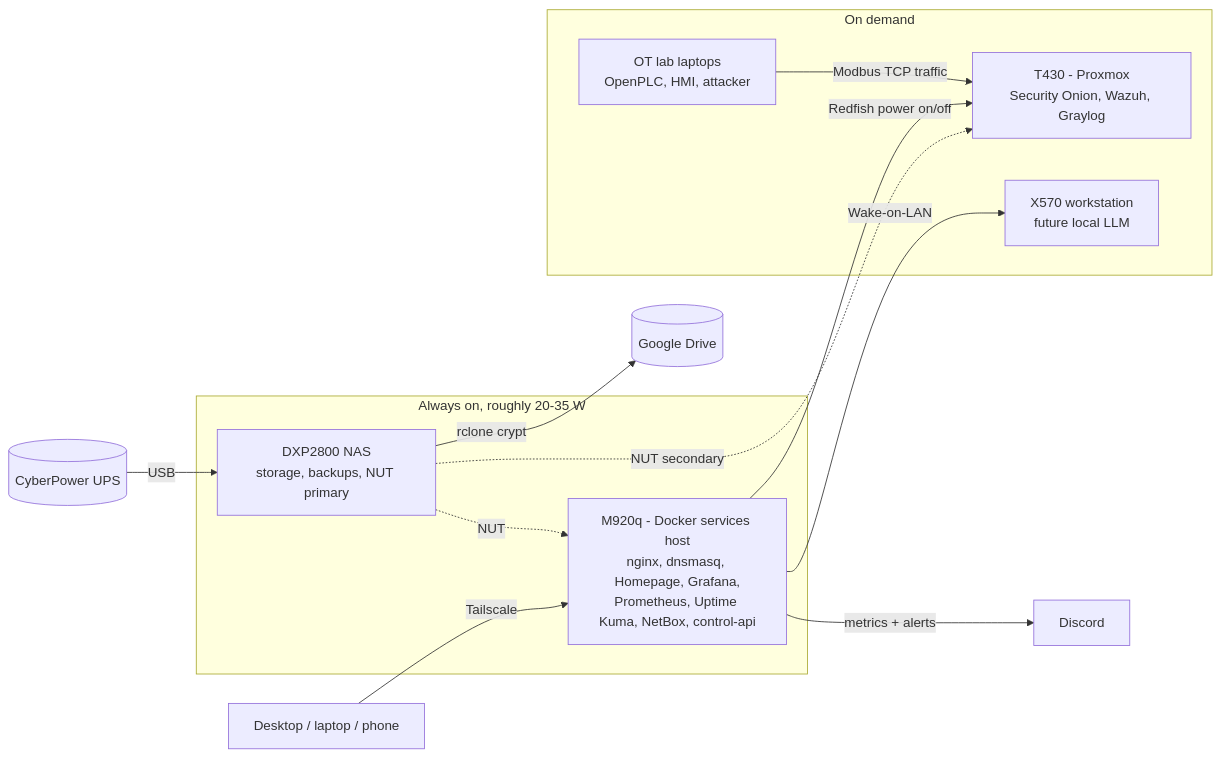
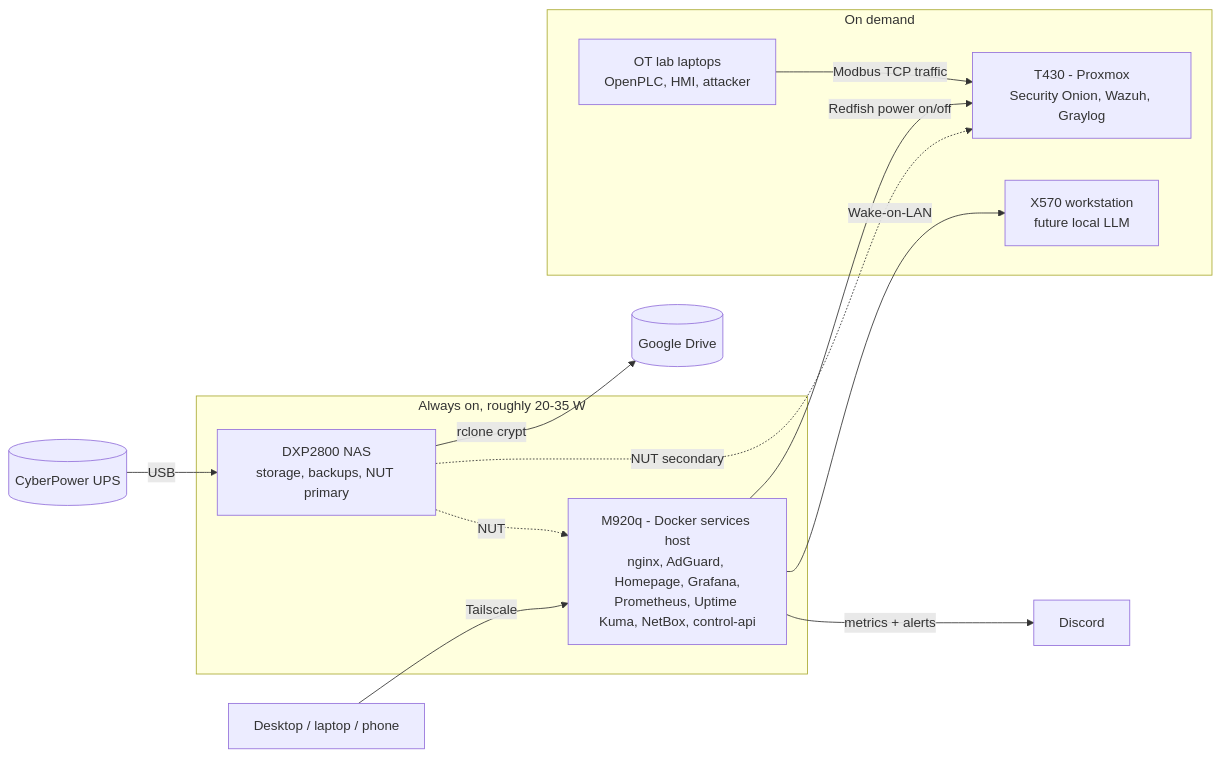
The second of 2 diagrams in README.md (Dubstep-626/homelab), drawn with Mermaid before and after one commit. The commit also changed other lines of this file and 11 other files, not shown here.

First line of the commit message:
Replace dnsmasq split DNS with redundant AdGuard Home

````diff
--- a/README.md
+++ b/README.md
@@ -82,24 +82,24 @@
 ```mermaid
 flowchart LR
   C[Desktop / laptop / phone] -- Tailscale --> M920
 
   subgraph AO[Always on, roughly 20-35 W]
-    M920[M920q - Docker services host<br/>nginx, dnsmasq, Homepage, Grafana,<br/>Prometheus, Uptime Kuma, NetBox, control-api]
+    M920[M920q - Docker services host<br/>nginx, AdGuard, Homepage, Grafana,<br/>Prometheus, Uptime Kuma, NetBox, control-api]
     NAS[DXP2800 NAS<br/>storage, backups, NUT primary]
   end
 
   subgraph OD[On demand]
     T430[T430 - Proxmox<br/>Security Onion, Wazuh, Graylog]
     X570[X570 workstation<br/>future local LLM]
     OT[OT lab laptops<br/>OpenPLC, HMI, attacker]
   end
 
   UPS[(CyberPower UPS)] -- USB --> NAS
   NAS -. NUT .-> M920
   NAS -. NUT secondary .-> T430
   M920 -- Redfish power on/off --> T430
   M920 -- Wake-on-LAN --> X570
   M920 -- metrics + alerts --> DISC[Discord]
   NAS -- rclone crypt --> GD[(Google Drive)]
   OT -- Modbus TCP traffic --> T430
 ```
````
